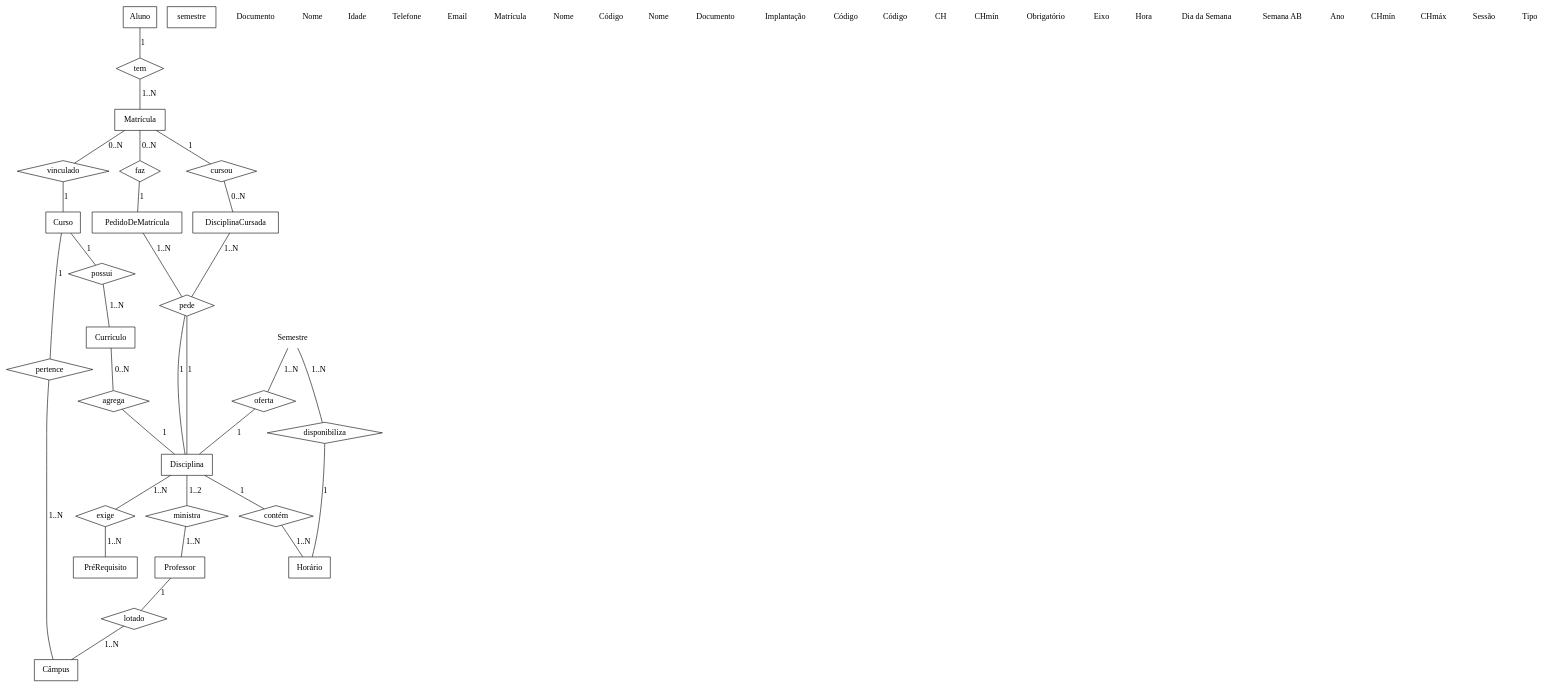
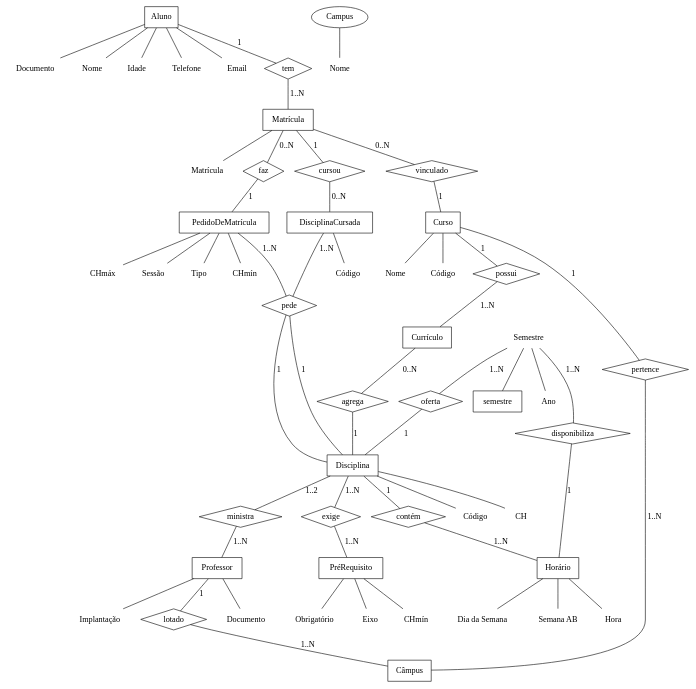
Before and after one commit to kathfertig/BCD20162: the diagram in diagrama_ER.dot, drawn with Graphviz.

```diff
--- a/diagrama_ER.dot
+++ b/diagrama_ER.dot
@@ -1,121 +1,121 @@
 graph diagramaER {
 
 // Entidades
   Aluno [shape=record]
   Matrícula [shape=record]
   DisciplinaCursada [shape=record]
   Disciplina [shape=record]
   PedidoDeMatrícula [shape=record]
   Curso [shape=record]
   Câmpus [shape=record]
   Currículo [shape=record]
   Professor [shape=record]
   semestre [shape=record]
   Horário [shape=record]
   PréRequisito [shape=record]
  
   // Atributos
   DocumentoAluno [shape=plaintext, label="Documento"]
   NomeAluno [shape=plaintext,label="Nome"]
   Idade [shape=plaintext]
   Telefone [shape=plaintext]
   Email [shape=plaintext]
   NúmeroMatrícula [shape=plaintext,label="Matrícula"]
   NomeCurso [shape=plaintext,label="Nome"]
   CódigoCurso [shape=plaintext,label="Código"]
   NomeCampus [shape=plaintext,label="Nome"]
   DocumentoProfessor [shape=plaintext, label="Documento"]
   NomeProfessor [shape=plaintext,label="Implantação"]
   CódigoCursada [shape=plaintext,label="Código"]
   CódigoDisciplina [shape=plaintext,label="Código"]
   CHDisciplina [shape=plaintext,label="CH"]
   CHmínimaRequisito [shape=plaintext,label="CHmín"]
   Obrigatório [shape=plaintext]
   Eixo [shape=plaintext]
   Hora [shape=plaintext]
   DiaDaSemana [shape=plaintext,label="Dia da Semana"]
   SemanaAB [shape=plaintext,label="Semana AB"]
   Semestre [shape=plaintext]
   Ano [shape=plaintext]
   CHmínimaMatrícula [shape=plaintext,label="CHmín"]
   CHmáximaMatrícula [shape=plaintext,label="CHmáx"]
   SessãoMatrícula [shape=plaintext,label="Sessão"]
   TipoPedido [shape=plaintext,label="Tipo"]
   
   // Relacionamentos
   tem [shape=diamond]
   faz [shape=diamond]
   vinculado [shape=diamond]
   cursou [shape=diamond]
   pede [shape=diamond]
   pertence [shape=diamond]
   possui [shape=diamond]
   lotado [shape=diamond]
   agrega [shape=diamond]
   ministra [shape=diamond]
   oferta [shape=diamond]
   contém [shape=diamond]
   exige [shape=diamond]
   disponibiliza [shape=diamond]
  
    // Ligações Entidade-Entidade
   Aluno -- tem [label="1"]
   tem -- Matrícula [label="1..N"]
   Matrícula -- cursou [label="1"]
   cursou -- DisciplinaCursada [label="0..N"]
   PedidoDeMatrícula -- pede [label="1..N"]
   pede -- Disciplina [label="1"]
   DisciplinaCursada -- pede [label="1..N"]
   pede -- Disciplina [label="1"]
   Matrícula -- faz [label="0..N"]
   faz -- PedidoDeMatrícula [label="1"]
   Matrícula -- vinculado [label="0..N"]
   vinculado -- Curso [label="1"]
   Curso -- pertence [label="1"]
   pertence -- Câmpus [label="1..N"]
   Curso -- possui [label="1"]
   possui -- Currículo [label="1..N"]
   Professor -- lotado [label="1"]
   lotado -- Câmpus [label="1..N"]
   Disciplina -- ministra [label="1..2"]
   ministra -- Professor [label="1..N"]
   Currículo -- agrega [label="0..N"]
   agrega -- Disciplina [label="1"]
   Semestre -- oferta [label="1..N"]
   oferta -- Disciplina [label="1"]
   Disciplina -- contém [label="1"]
   contém -- Horário [label="1..N"]
   Semestre -- disponibiliza [label="1..N"]
   disponibiliza -- Horário [label="1"]
   Disciplina -- exige [label="1..N"]
   exige -- PréRequisito [label="1..N"]
   
   // Ligações Entidade-Atributos
-  /*Aluno -- DocumentoAluno
+  Aluno -- DocumentoAluno
   Aluno -- NomeAluno
   Aluno -- Idade
   Aluno -- Telefone
   Aluno -- Email
   Matrícula -- NúmeroMatrícula
   Curso -- NomeCurso
   Curso -- CódigoCurso
   Campus -- NomeCampus
   Professor -- DocumentoProfessor
   Professor --  NomeProfessor
   DisciplinaCursada -- CódigoCursada
   Disciplina -- CódigoDisciplina
   Disciplina -- CHDisciplina
   PréRequisito -- CHmínimaRequisito
   PréRequisito -- Obrigatório
   PréRequisito -- Eixo
   Horário -- Hora
   Horário -- SemanaAB
   Horário -- DiaDaSemana
   Semestre -- semestre
   Semestre --  Ano
   PedidoDeMatrícula -- CHmínimaMatrícula
   PedidoDeMatrícula -- CHmáximaMatrícula
   PedidoDeMatrícula -- SessãoMatrícula
-  PedidoDeMatrícula -- TipoPedido*/
+  PedidoDeMatrícula -- TipoPedido
   
   }
```
